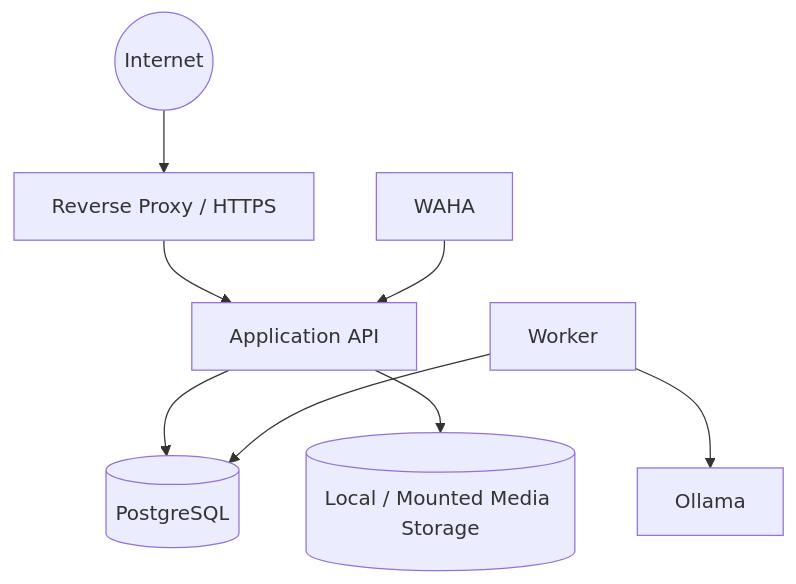
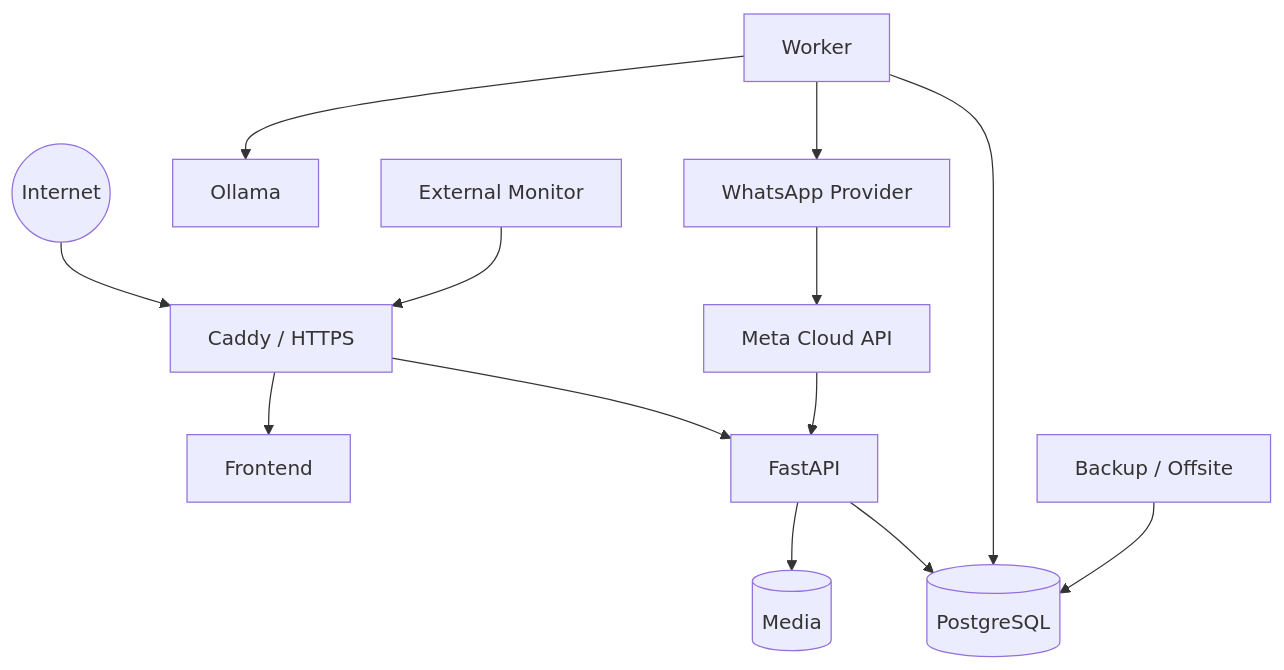
The diagram in docs/self-hosted-deployment.md (lucaserre/nautilusbook_showcase), drawn with Mermaid before and after one commit. The commit also changed other lines of this file, not shown here.

````diff
--- a/docs/self-hosted-deployment.md
+++ b/docs/self-hosted-deployment.md
@@ -15,10 +11,18 @@
 ```mermaid
 flowchart TB
-    NET((Internet)) --> RP[Reverse Proxy / HTTPS]
-    RP --> API[Application API]
+    NET((Internet)) --> RP[Caddy / HTTPS]
+    RP --> FRONT[Frontend]
+    RP --> API[FastAPI]
+
     API --> DB[(PostgreSQL)]
-    API --> MEDIA[(Local / Mounted Media Storage)]
+    API --> MEDIA[(Media)]
     WORKER[Worker] --> DB
     WORKER --> LLM[Ollama]
-    WAHA[WAHA] --> API
+    WORKER --> WAP[WhatsApp Provider]
+
+    META[Meta Cloud API] --> API
+    WAP --> META
+
+    BACKUP[Backup / Offsite] --> DB
+    MON[External Monitor] --> RP
 ```
````
